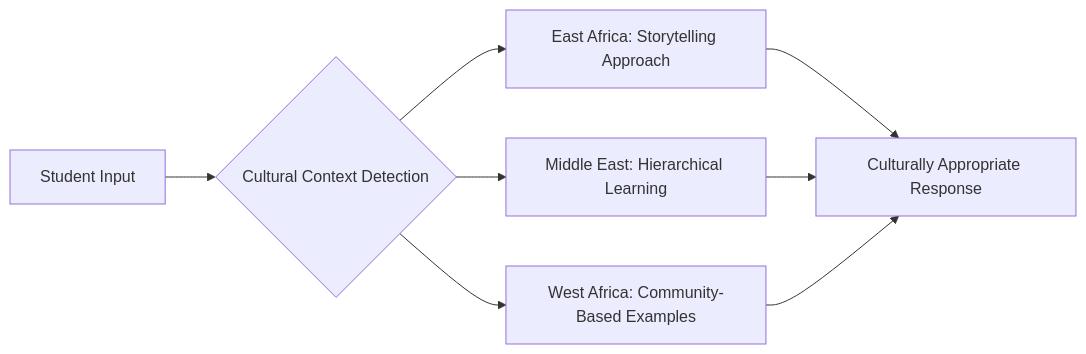
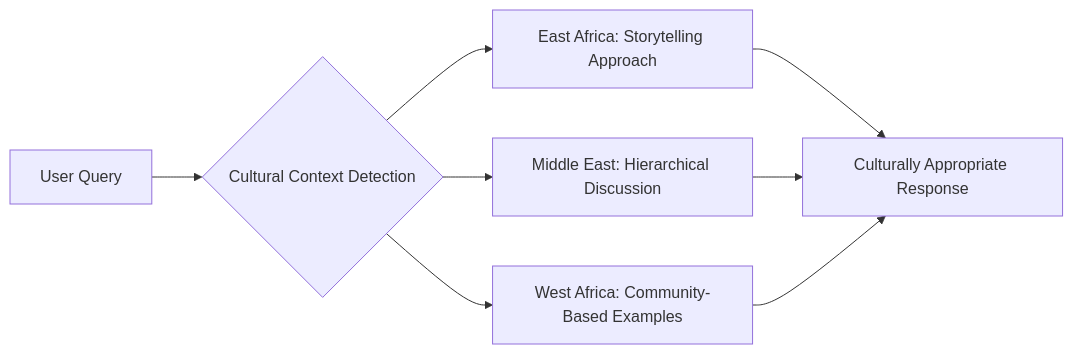
Before and after one commit to mhassan72/EDA-Front-End: the first of 5 diagrams in README.md, drawn with Mermaid. The commit also changed other lines of this file and 2 other files, not shown here.

````diff
--- a/README.md
+++ b/README.md
@@ -63,10 +63,10 @@
 ```mermaid
 graph LR
-    A[Student Input] --> B{Cultural Context Detection}
+    A[User Query] --> B{Cultural Context Detection}
     B --> C[East Africa: Storytelling Approach]
-    B --> D[Middle East: Hierarchical Learning]
+    B --> D[Middle East: Hierarchical Discussion]
     B --> E[West Africa: Community-Based Examples]
     C --> F[Culturally Appropriate Response]
     D --> F
     E --> F
 ```
````
